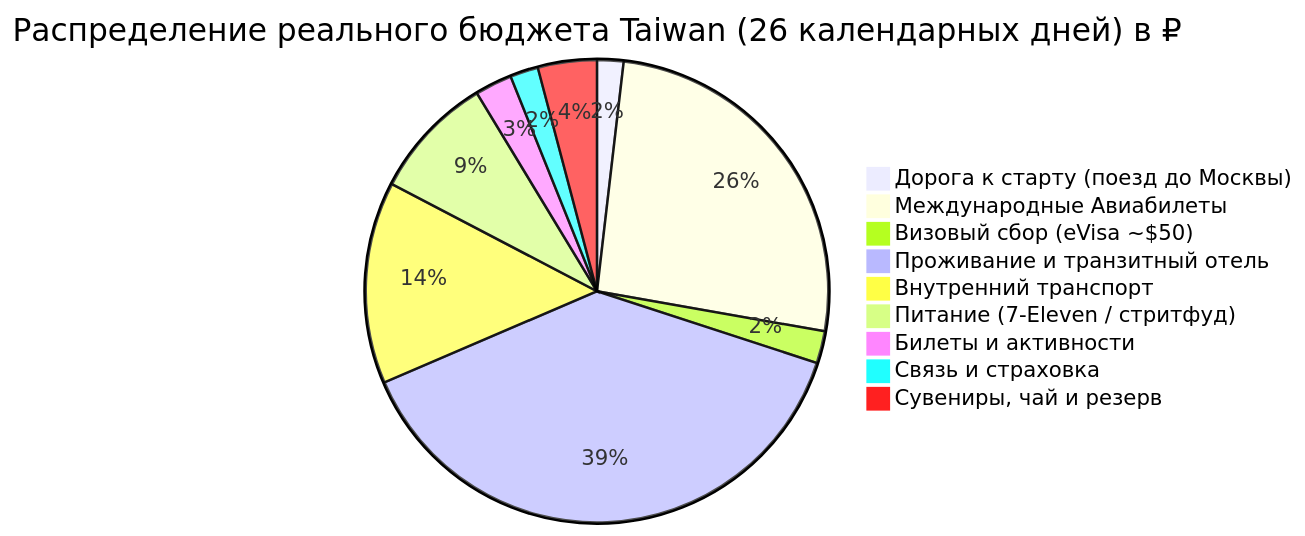
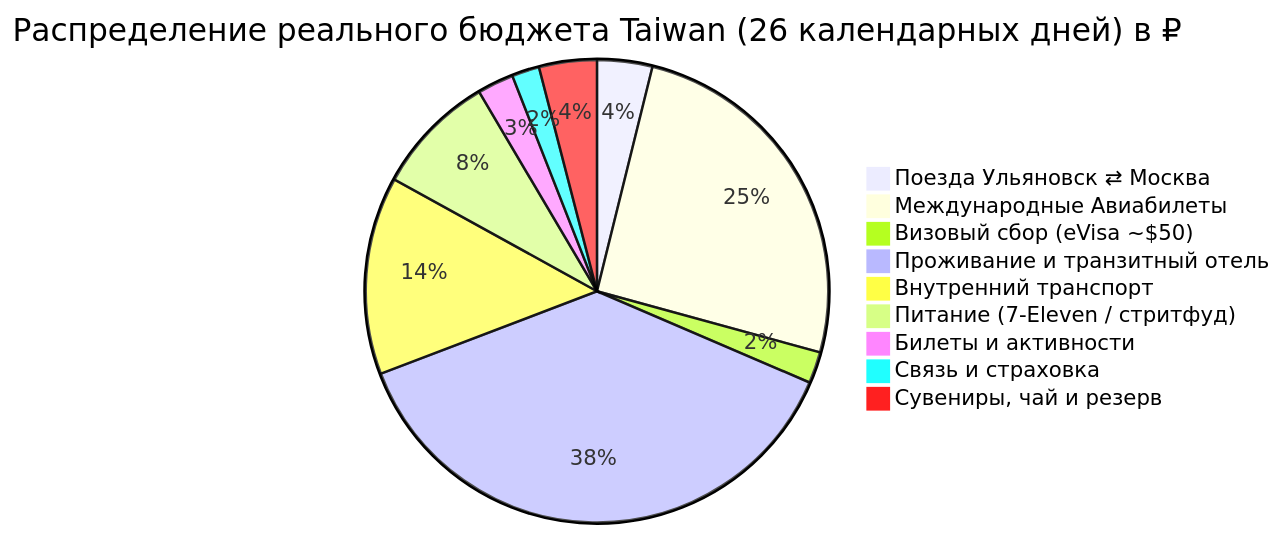
Before and after one commit to injurka/obsidian-mark: the diagram in Personal Note/Travel/-- Taiwan/04 - Финансы/Финансы.md, drawn with Mermaid. The commit also changed other lines of this file and 6 other files, not shown here.

````diff
--- a/Personal Note/Travel/-- Taiwan/04 - Финансы/Финансы.md
+++ b/Personal Note/Travel/-- Taiwan/04 - Финансы/Финансы.md
@@ -14,12 +14,12 @@
 ```mermaid
 pie title Распределение реального бюджета Taiwan (26 календарных дней) в ₽
-    "Дорога к старту (поезд до Москвы)" : 3942
+    "Поезда Ульяновск ⇄ Москва" : 8419
     "Международные Авиабилеты" : 55412
     "Визовый сбор (eVisa ~$50)" : 4800
     "Проживание и транзитный отель" : 82357
     "Внутренний транспорт" : 30155
     "Питание (7-Eleven / стритфуд)" : 18500
     "Билеты и активности" : 5540
     "Связь и страховка" : 4200
     "Сувениры, чай и резерв" : 8800
 ```
````
